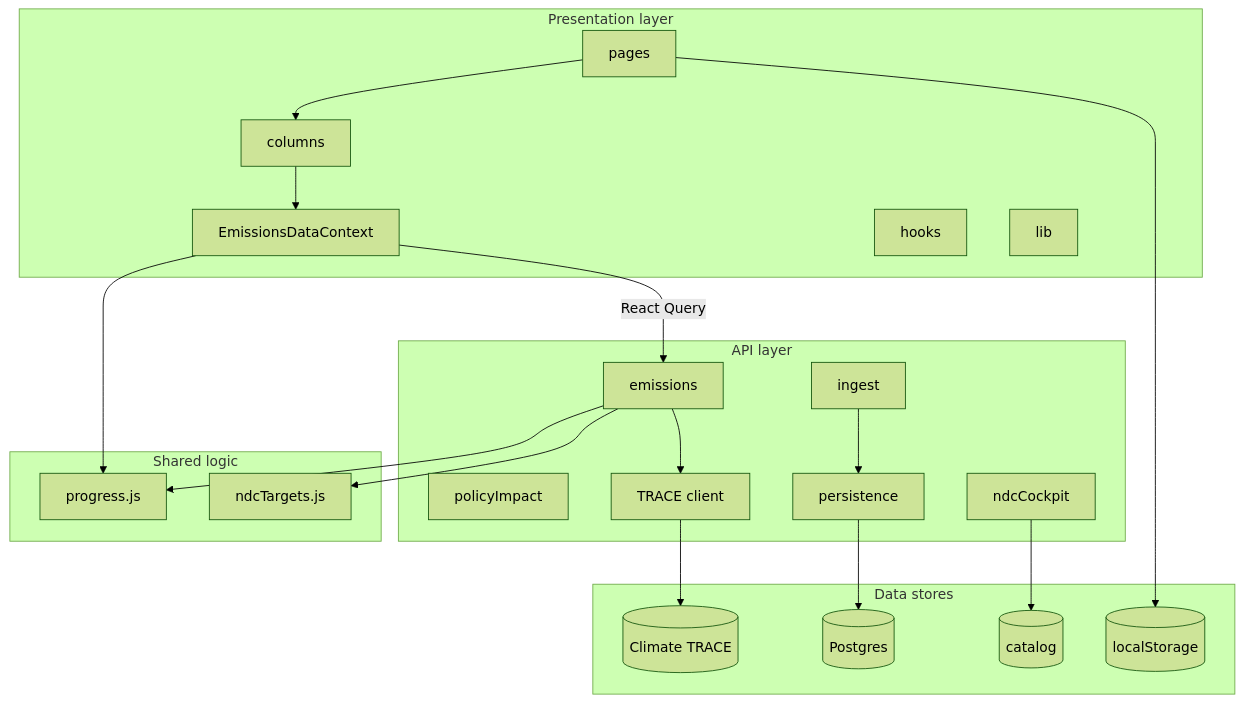
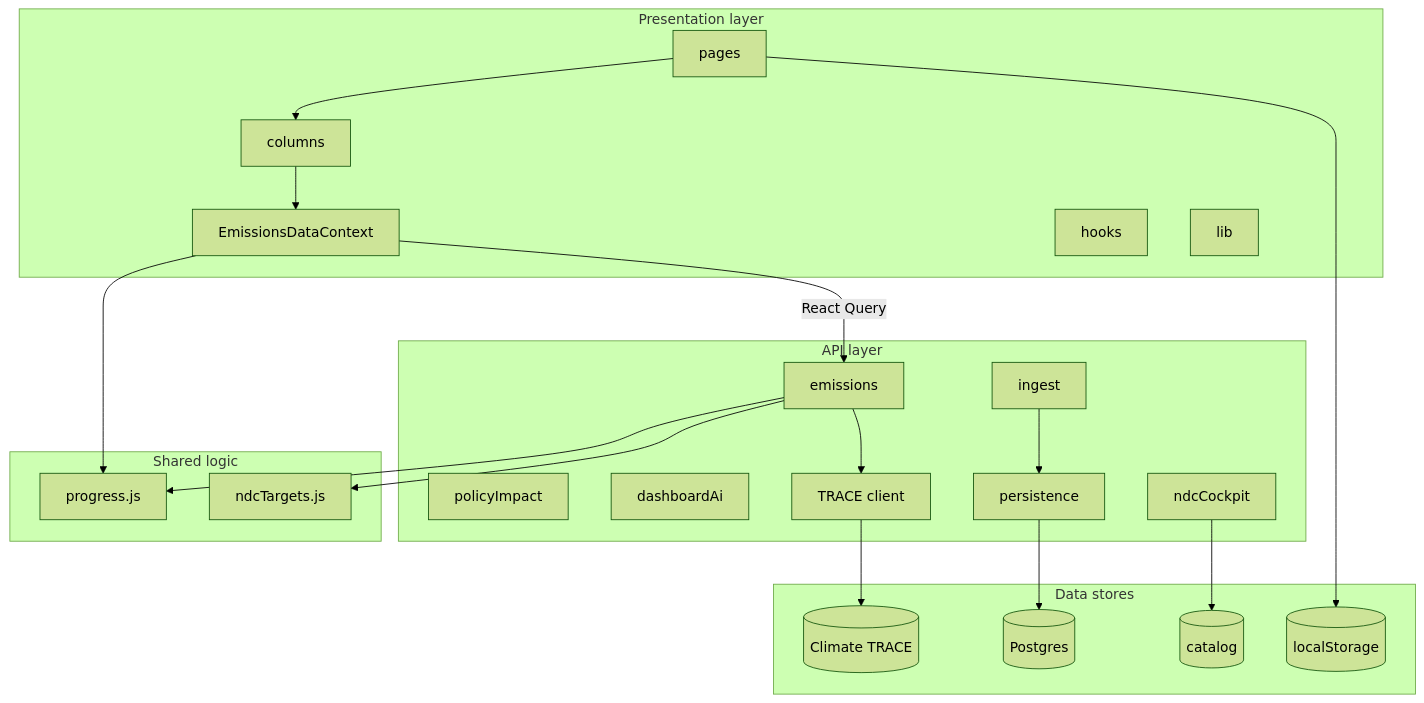
The fourth of 12 diagrams in docs/dev/system-design.md (tseten14/NDC-Dashboard), drawn with Mermaid (forest theme) before and after one commit. The commit also changed other lines of this file and 33 other files, not shown here.

````diff
--- a/docs/dev/system-design.md
+++ b/docs/dev/system-design.md
@@ -106,41 +106,42 @@
 ```mermaid
 flowchart TB
   subgraph UI[Presentation layer]
     Pages[pages]
     Cols[columns]
     Ctx[EmissionsDataContext]
     Hooks[hooks]
     Lib[lib]
   end
 
   subgraph SRV[API layer]
     REm[emissions]
     RIn[ingest]
     RPi[policyImpact]
+    RDAi[dashboardAi]
     RCk[ndcCockpit]
     SCT[TRACE client]
     SPers[persistence]
   end
 
   subgraph SH[Shared logic]
     Progress[progress.js]
     NDC[ndcTargets.js]
   end
 
   subgraph DST[Data stores]
     CT[(Climate TRACE)]
     PG[(Postgres)]
     Bundle[(catalog)]
     LS[(localStorage)]
   end
 
   Pages --> Cols --> Ctx
   Ctx -->|React Query| REm
   Ctx --> Progress
   REm --> SCT --> CT
   RIn --> SPers --> PG
   REm --> Progress
   REm --> NDC
   RCk --> Bundle
   Pages --> LS
 ```
````
